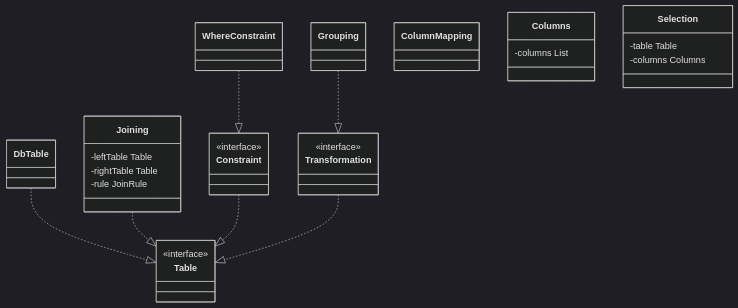
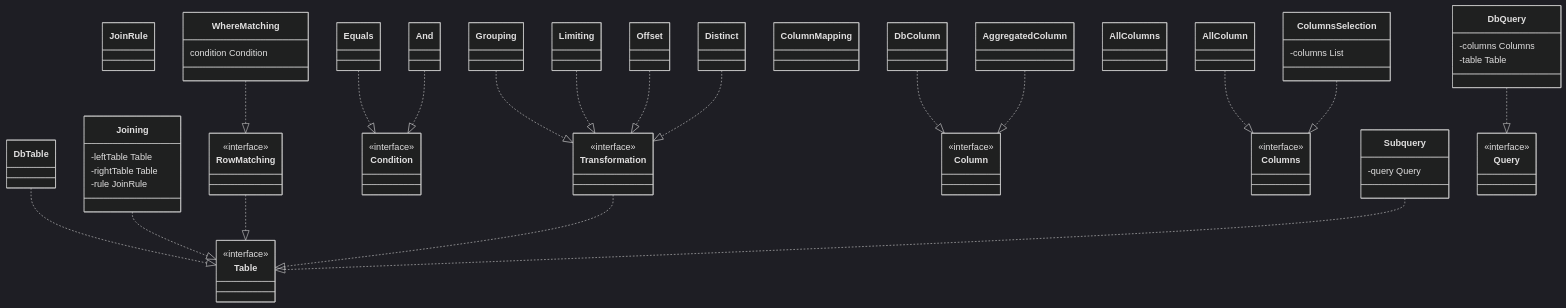
The diagram in docs/domain.md (safarislava/QueryBricks), drawn with Mermaid (dark theme) before and after one commit.

Commit message:
docs: Extend behaviour

````diff
--- a/docs/domain.md
+++ b/docs/domain.md
@@ -7,6 +7,8 @@
     class DbTable 
     DbTable ..|> Table
     
+    class JoinRule
+    
     class Joining {
         -leftTable Table
         -rightTable Table
@@ -14,15 +16,28 @@
     }
     Joining ..|> Table
     
-    class Constraint {
+    
+    class RowMatching {
         <<interface>>
     }
-    Constraint ..|> Table
+    %% возможно где-то Table стоит заменить на синоним типа Data, Selected и т.д.
+    RowMatching ..|> Table 
     
-    class WhereConstraint { 
-        
+    class WhereMatching {
+        condition Condition
     }
-    WhereConstraint ..|> Constraint
+    %% надо сделать так, чтобы WHERE нельзя было писать после Transformation
+    %% при том Transformation должна принимать и просто таблицу, и "прореженную"
+    WhereMatching ..|> RowMatching
+    
+    class Condition {
+        <<interface>>
+    }
+    
+    class Equals
+    Equals ..|> Condition
+    class And
+    And ..|> Condition
     
     class Transformation { 
         <<interface>>
@@ -32,14 +47,55 @@
     class Grouping 
     Grouping ..|> Transformation
     
+    class Limiting
+    Limiting ..|> Transformation
+    
+    class Offset
+    Offset ..|> Transformation
+    
+    class Distinct
+    Distinct ..|> Transformation
+    
+    %% спроектировать HAVING
+    
     class ColumnMapping 
     
+    class Column {
+        <<interface>>
+    }
+    
+    class DbColumn 
+    DbColumn ..|> Column
+
+    class AggregatedColumn
+    AggregatedColumn ..|> Column
+    
     class Columns {
+        <<interface>>
+    }
+    
+    class AllColumns
+    AllColumn ..|> Columns
+    
+    class ColumnsSelection {
         -columns List<Column>
     }
+    ColumnsSelection ..|> Columns
 
-    class Selection {
+    class Subquery {
+        -query Query
+    }
+    Subquery ..|> Table
+
+    class Query {
+        <<interface>>
+    }
+
+    class DbQuery {
+        -columns Columns
         -table Table
-        -columns Columns
     }
+    DbQuery ..|> Query
+    
+    %% алиасы для таблиц и столбцов
 ```
````
